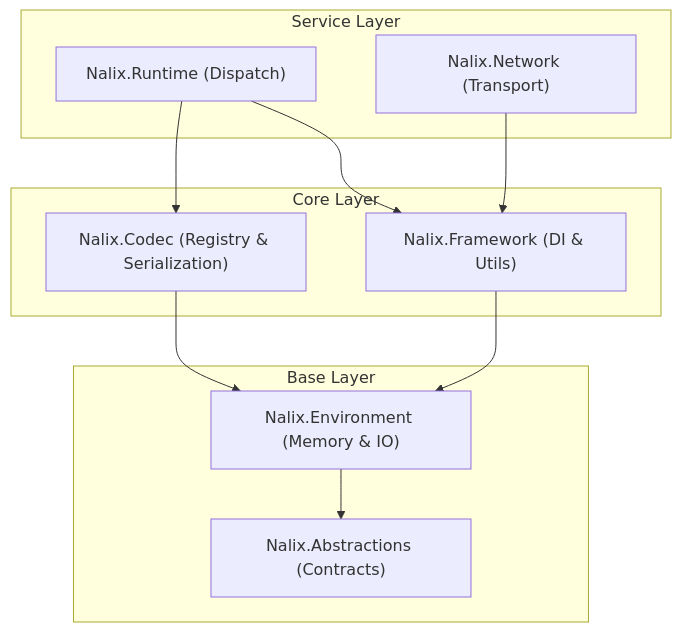
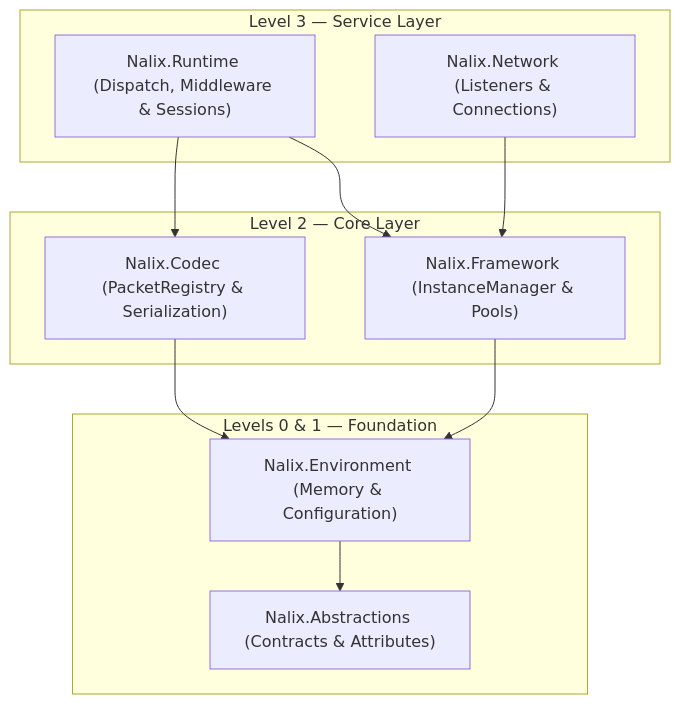
The diagram in src/content/docs/en-us/packages/nalix-runtime.md (ppn-systems/nalix-docs), drawn with Mermaid before and after one commit. The commit also changed other lines of this file and 180 other files, not shown here.

````diff
--- a/src/content/docs/en-us/packages/nalix-runtime.md
+++ b/src/content/docs/en-us/packages/nalix-runtime.md
@@ -33,25 +34,24 @@
 ```mermaid
 flowchart TD
-    subgraph Svc ["Service Layer"]
-        Runtime["Nalix.Runtime (Dispatch)"]
-        Network["Nalix.Network (Transport)"]
+    subgraph L3 ["Level 3 — Service Layer"]
+        Runtime["Nalix.Runtime (Dispatch, Middleware & Sessions)"]
+        Network["Nalix.Network (Listeners & Connections)"]
     end
 
-    subgraph Core ["Core Layer"]
-        Codec["Nalix.Codec (Registry & Serialization)"]
-        Framework["Nalix.Framework (DI & Utils)"]
+    subgraph L2 ["Level 2 — Core Layer"]
+        Codec["Nalix.Codec (PacketRegistry & Serialization)"]
+        Framework["Nalix.Framework (InstanceManager & Pools)"]
     end
 
-    subgraph Base ["Base Layer"]
-        Env["Nalix.Environment (Memory & IO)"]
-        Abstractions["Nalix.Abstractions (Contracts)"]
+    subgraph L1_0 ["Levels 0 & 1 — Foundation"]
+        Env["Nalix.Environment (Memory & Configuration)"]
+        Abs["Nalix.Abstractions (Contracts & Attributes)"]
     end
 
     Runtime --> Codec
     Runtime --> Framework
     Network --> Framework
-    
     Codec --> Env
     Framework --> Env
-    Env --> Abstractions
+    Env --> Abs
 ```
````
